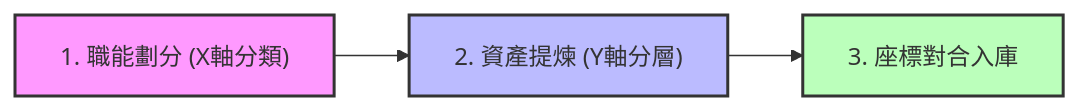
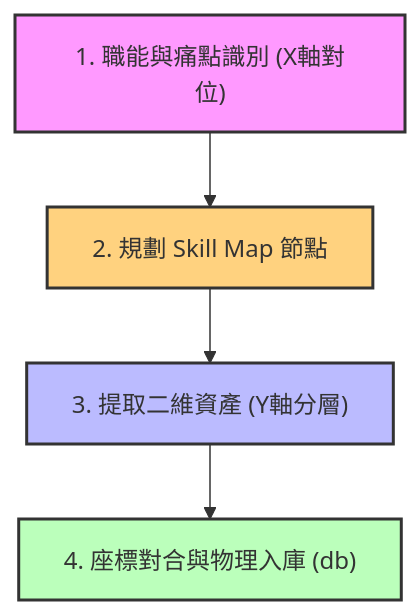
The diagram in Chapter_2_2.md (wuulong/EnterpriseGenAIAdoption), drawn with Mermaid before and after one commit. The commit also changed other lines of this file and 15 other files, not shown here.

````diff
--- a/Chapter_2_2.md
+++ b/Chapter_2_2.md
@@ -46,8 +46,10 @@
 ```mermaid
-graph LR
-    A["1. 職能劃分 (X軸分類)"] --> B["2. 資產提煉 (Y軸分層)"]
-    B --> C["3. 座標對合入庫"]
+graph TD
+    A["1. 職能與痛點識別 (X軸對位)"] --> B["2. 規劃 Skill Map 節點"]
+    B --> C["3. 提取二維資產 (Y軸分層)"]
+    C --> D["4. 座標對合與物理入庫 (db)"]
     style A fill:#f9f,stroke:#333,stroke-width:2px
-    style B fill:#bbf,stroke:#333,stroke-width:2px
-    style C fill:#bfb,stroke:#333,stroke-width:2px
+    style B fill:#ffd27f,stroke:#333,stroke-width:2px
+    style C fill:#bbf,stroke:#333,stroke-width:2px
+    style D fill:#bfb,stroke:#333,stroke-width:2px
 ```
````
